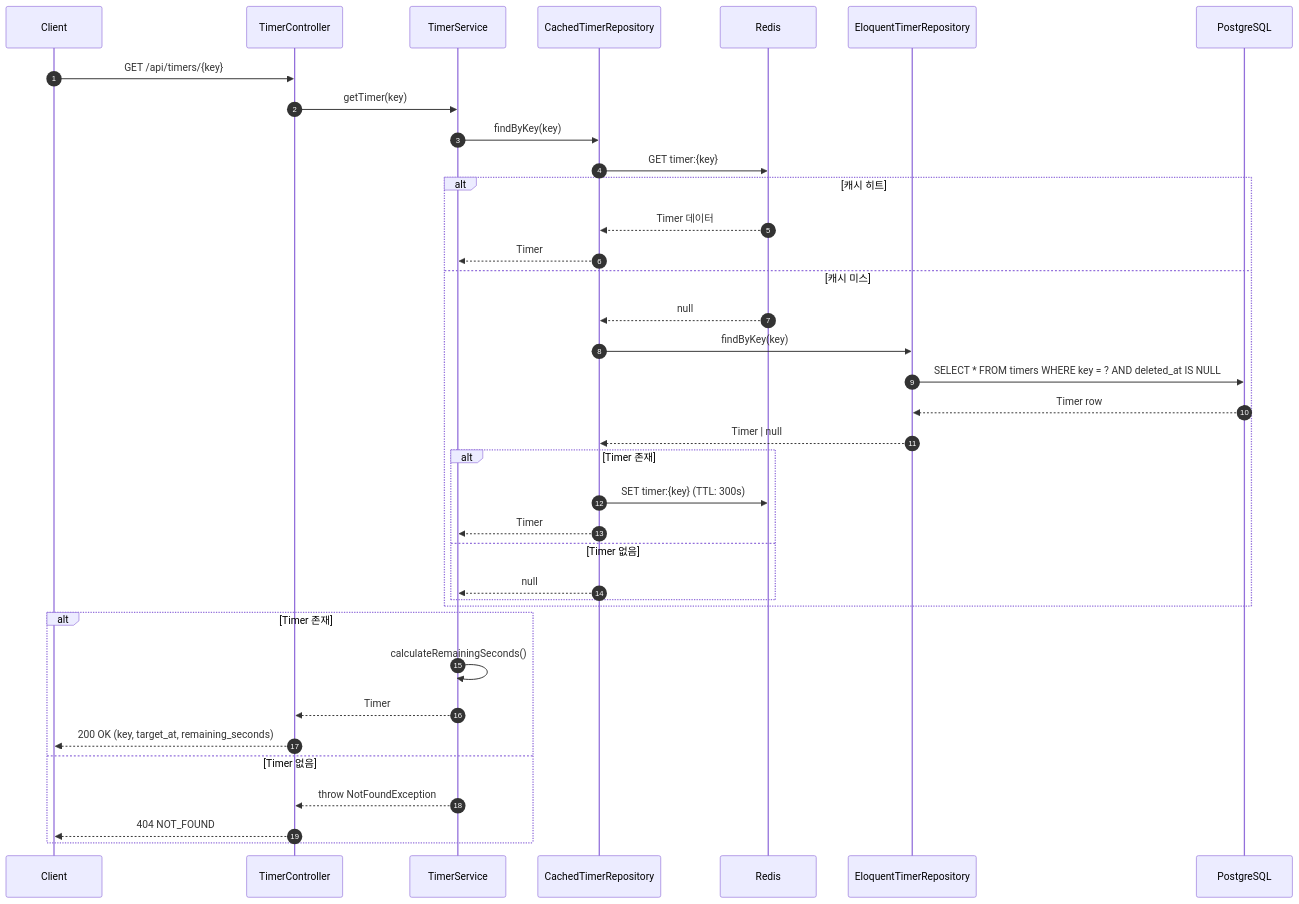
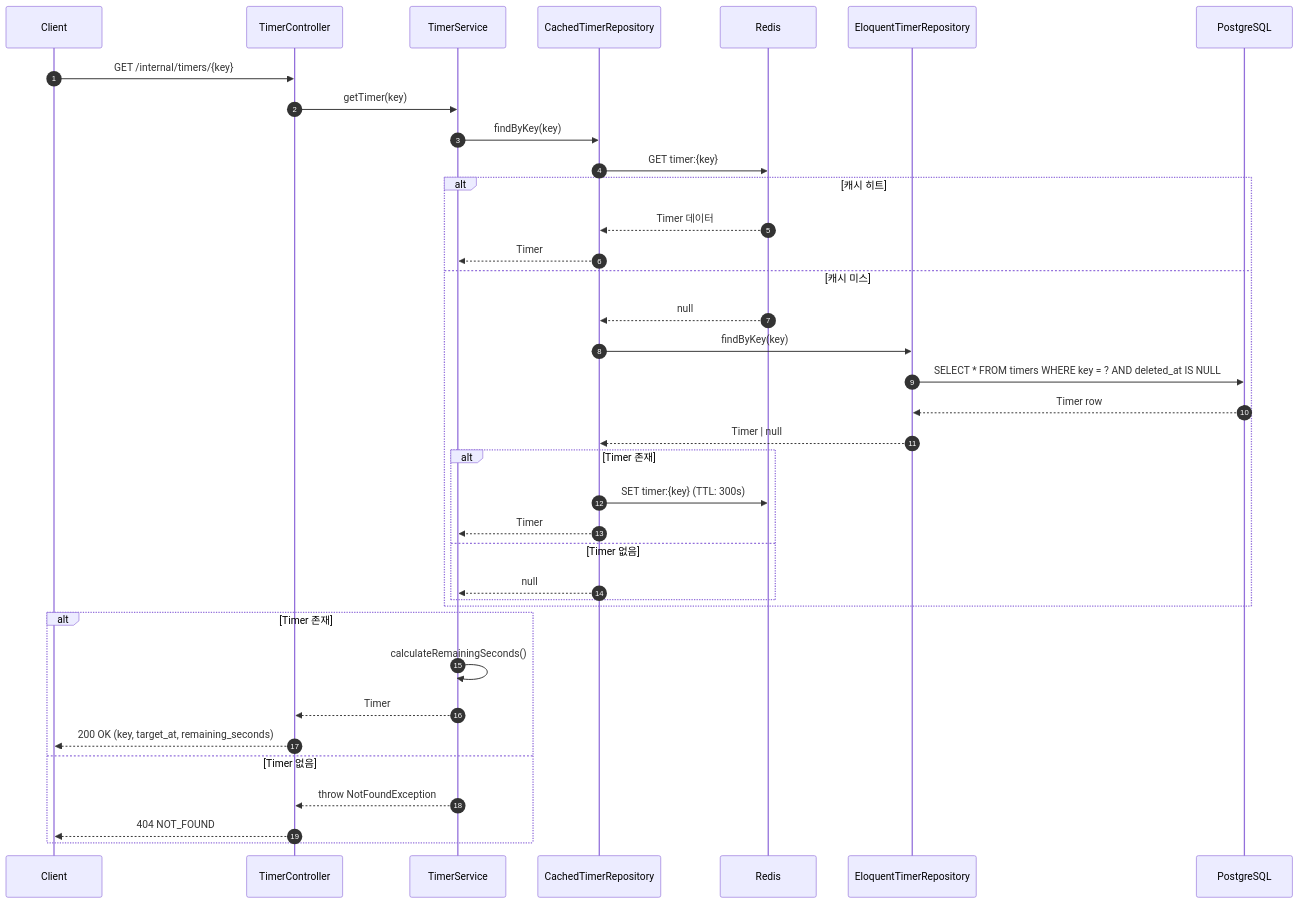
The first of 3 diagrams in docs/TIMER.md (shaul1991/toy-core-system), drawn with Mermaid before and after one commit. The commit also changed other lines of this file and 7 other files, not shown here.

````diff
--- a/docs/TIMER.md
+++ b/docs/TIMER.md
@@ -161,44 +161,44 @@
 ```mermaid
 sequenceDiagram
     autonumber
     participant Client
     participant Controller as TimerController
     participant Service as TimerService
     participant CacheRepo as CachedTimerRepository
     participant Redis
     participant EloquentRepo as EloquentTimerRepository
     participant DB as PostgreSQL
 
-    Client->>Controller: GET /api/timers/{key}
+    Client->>Controller: GET /internal/timers/{key}
     Controller->>Service: getTimer(key)
     Service->>CacheRepo: findByKey(key)
 
     CacheRepo->>Redis: GET timer:{key}
 
     alt 캐시 히트
         Redis-->>CacheRepo: Timer 데이터
         CacheRepo-->>Service: Timer
     else 캐시 미스
         Redis-->>CacheRepo: null
         CacheRepo->>EloquentRepo: findByKey(key)
         EloquentRepo->>DB: SELECT * FROM timers WHERE key = ? AND deleted_at IS NULL
         DB-->>EloquentRepo: Timer row
         EloquentRepo-->>CacheRepo: Timer | null
 
         alt Timer 존재
             CacheRepo->>Redis: SET timer:{key} (TTL: 300s)
             CacheRepo-->>Service: Timer
         else Timer 없음
             CacheRepo-->>Service: null
         end
     end
 
     alt Timer 존재
         Service->>Service: calculateRemainingSeconds()
         Service-->>Controller: Timer
         Controller-->>Client: 200 OK (key, target_at, remaining_seconds)
     else Timer 없음
         Service-->>Controller: throw NotFoundException
         Controller-->>Client: 404 NOT_FOUND
     end
 ```
````
